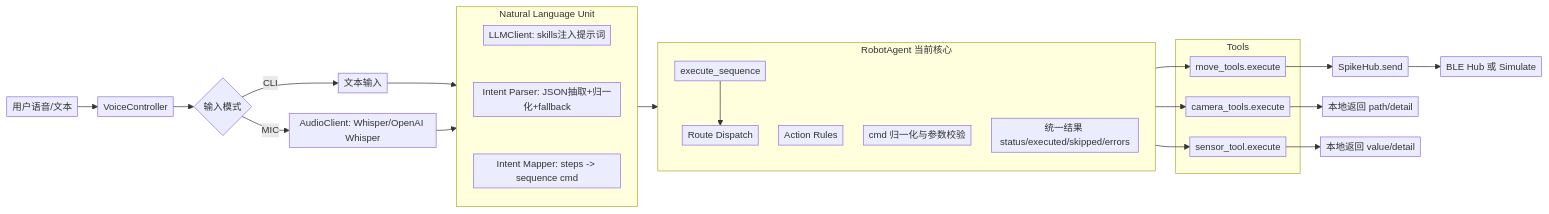
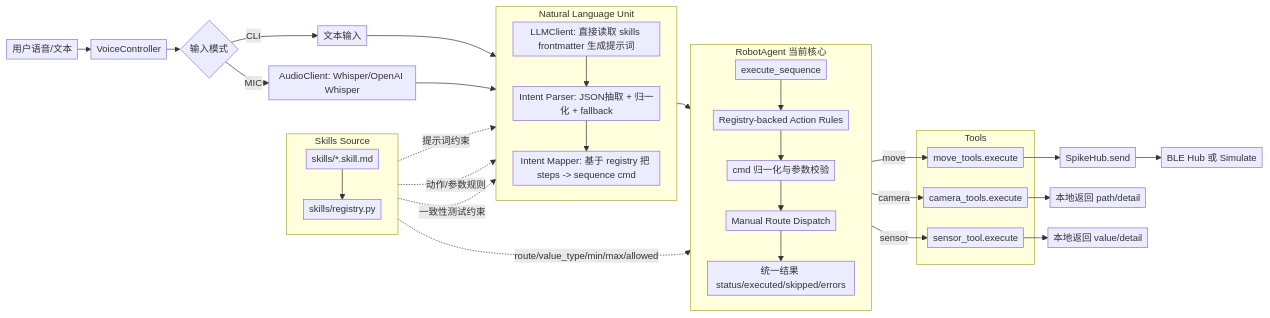
One commit to hrsxz/voice_robot changed the second of 3 diagrams in README.md. Above: the diagram before and after it, drawn with Mermaid. The commit also changed other lines of this file and 17 other files, not shown here.

````diff
--- a/README.md
+++ b/README.md
@@ -430,49 +115,62 @@
 ```mermaid
-%%{init: {"flowchart": {"nodeSpacing": 30, "rankSpacing": 30, "padding": 4, "diagramPadding": 4}, "themeVariables": {"fontSize": "14px"}} }%%
+%%{init: {"flowchart": {"nodeSpacing": 30, "rankSpacing": 20, "padding": 4, "diagramPadding": 4}, "themeVariables": {"fontSize": "14px"}} }%%
 flowchart LR
     U[用户语音/文本] --> VC[VoiceController]
     VC --> IN{输入模式}
     IN -->|CLI| CLI[文本输入]
     IN -->|MIC| STT[AudioClient: Whisper/OpenAI Whisper]
 
+    subgraph SKILLS[Skills Source]
+      direction TB
+      SMD[skills/*.skill.md]
+      REG[skills/registry.py]
+      SMD --> REG
+    end
+
     subgraph NLUCORE[Natural Language Unit]
       direction TB
-      LLM[LLMClient: skills注入提示词]
-      IP[Intent Parser: JSON抽取+归一化+fallback]
-      IM[Intent Mapper: steps -> sequence cmd]
+      LLM[LLMClient: 直接读取 skills frontmatter 生成提示词]
+      IP[Intent Parser: JSON抽取 + 归一化 + fallback]
+      IM[Intent Mapper: 基于 registry 把 steps -> sequence cmd]
       LLM --> IP
       IP --> IM
     end
 
-    CLI --> NLUCORE
-    STT --> NLUCORE
+    IM --> RA
+    CLI --> LLM
+    STT --> LLM
+
+    SMD -. 提示词约束 .-> LLM
+    REG -. 动作/参数规则 .-> IM
+    REG -. 一致性测试约束 .-> IP
 
     subgraph RACORE[RobotAgent 当前核心]
       direction TB
       RA[execute_sequence]
-      AR[Action Rules]
+      AR[Registry-backed Action Rules]
       NV[cmd 归一化与参数校验]
-      DS[Route Dispatch]
+      DS[Manual Route Dispatch]
       RS[统一结果 status/executed/skipped/errors]
+      RA --> AR
+      AR --> NV
+      NV --> DS
+      DS --> RS
     end
 
-    NLUCORE --> RA
-    RA --> DS
+    REG -. route/value_type/min/max/allowed .-> AR
 
     subgraph TOOLS[Tools]
       MV[move_tools.execute]
       CAM[camera_tools.execute]
       SEN[sensor_tool.execute]
     end
 
-    DS --> MV
-    DS --> CAM
-    DS --> SEN
+    DS -->|move| MV
+    DS -->|camera| CAM
+    DS -->|sensor| SEN
 
     MV --> HUB[SpikeHub.send]
     CAM --> LOCAL[本地返回 path/detail]
     SEN --> LOCAL2[本地返回 value/detail]
     HUB --> BLE[BLE Hub 或 Simulate]
-
-    linkStyle 4,5 stroke:transparent,fill:none,color:transparent,stroke-width:0px
 ```
````
